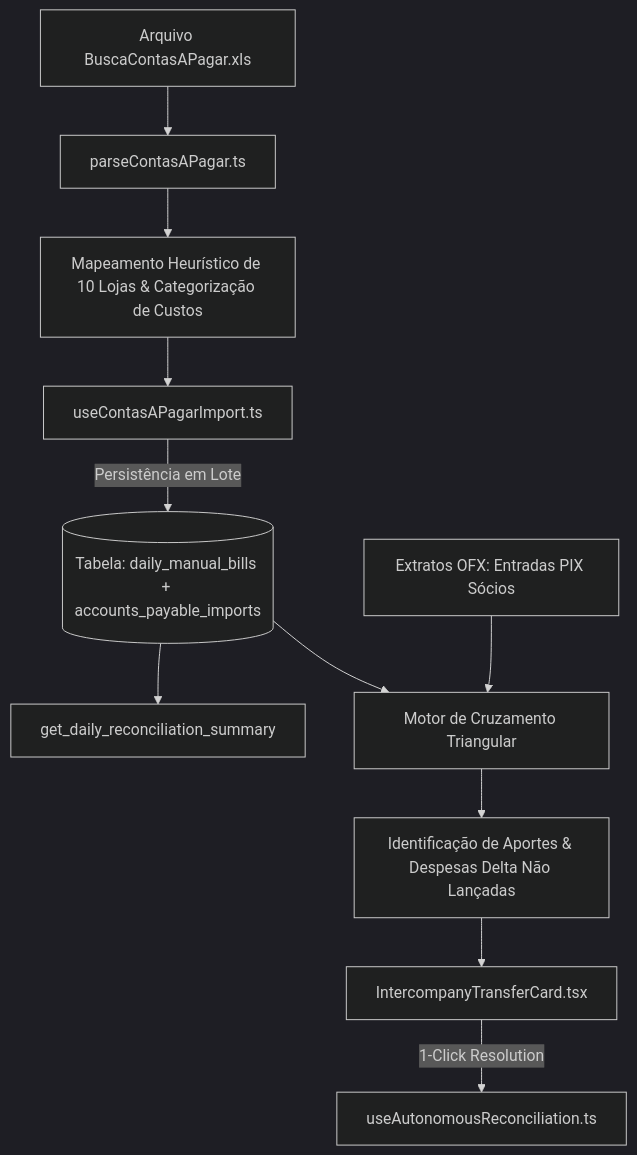
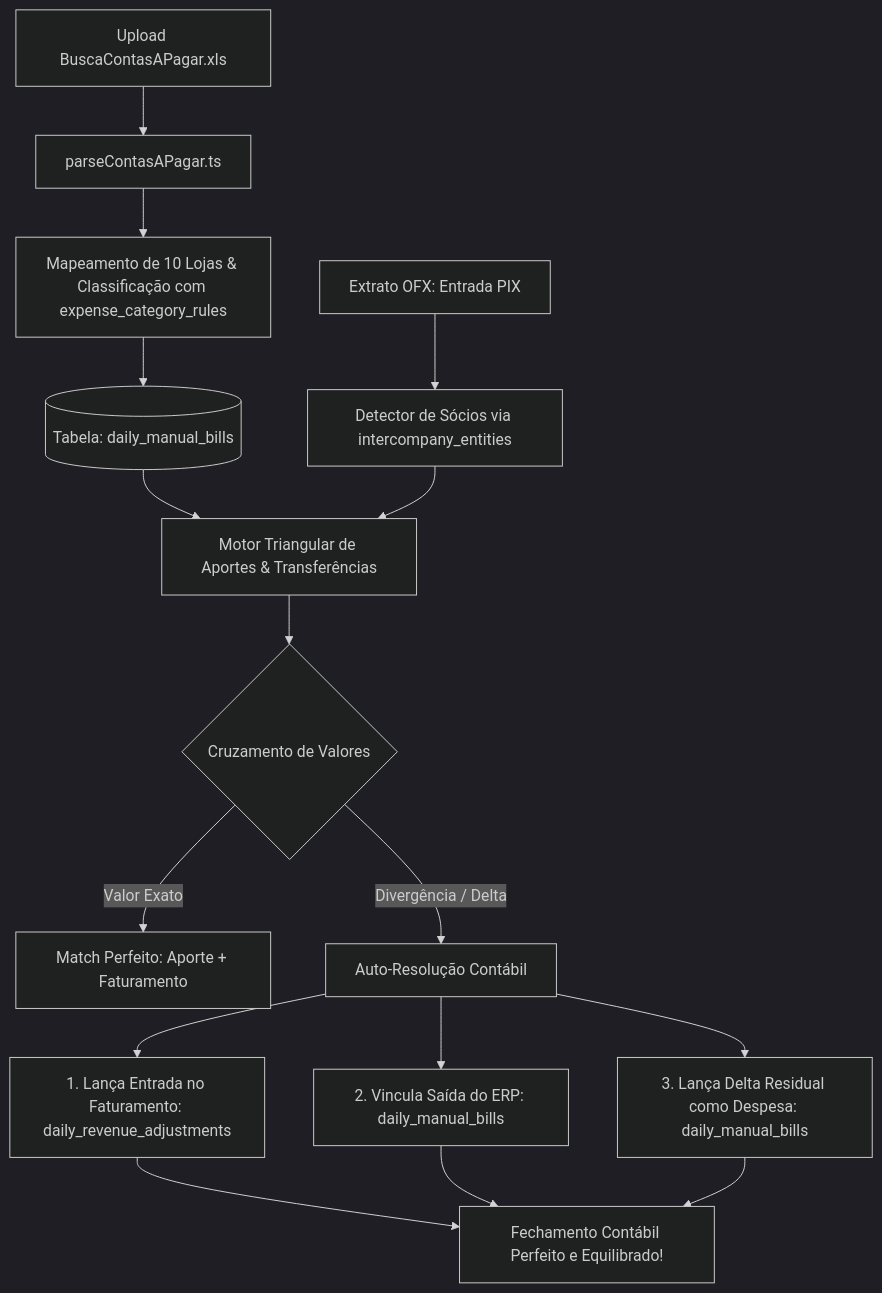
One commit to mktfun/mec-nica-financeiro changed the diagram in specs/256-importacao-contas-a-pagar-e-conciliacao-aportes-intercompany/design.md. Above: the diagram before and after it, drawn with Mermaid (dark theme). The commit also changed other lines of this file and 2 other files, not shown here.

Commit message:
docs(spec): especificacao sdd completa da spec 256 incluindo cadastro de socios, entidades e cruzamento triangular

````diff
--- a/specs/256-importacao-contas-a-pagar-e-conciliacao-aportes-intercompany/design.md
+++ b/specs/256-importacao-contas-a-pagar-e-conciliacao-aportes-intercompany/design.md
@@ -7,16 +7,20 @@
 ```mermaid
 flowchart TD
-    A[Arquivo BuscaContasAPagar.xls] --> B[parseContasAPagar.ts]
-    B --> C[Mapeamento Heurístico de 10 Lojas & Categorização de Custos]
-    C --> D[useContasAPagarImport.ts]
+    A[Upload BuscaContasAPagar.xls] --> B[parseContasAPagar.ts]
+    B --> C[Mapeamento de 10 Lojas & Classificação com expense_category_rules]
+    C --> D[(Tabela: daily_manual_bills)]
     
-    D -->|Persistência em Lote| E[(Tabela: daily_manual_bills + accounts_payable_imports)]
+    E[Extrato OFX: Entrada PIX] --> F[Detector de Sócios via intercompany_entities]
+    D --> G[Motor Triangular de Aportes & Transferências]
+    F --> G
     
-    E --> F[get_daily_reconciliation_summary]
+    G --> H{Cruzamento de Valores}
+    H -->|Valor Exato| I[Match Perfeito: Aporte + Faturamento]
+    H -->|Divergência / Delta| J[Auto-Resolução Contábil]
     
-    G[Extratos OFX: Entradas PIX Sócios] --> H[Motor de Cruzamento Triangular]
-    E --> H
-    H --> I[Identificação de Aportes & Despesas Delta Não Lançadas]
-    I --> J[IntercompanyTransferCard.tsx]
-    J -->|1-Click Resolution| K[useAutonomousReconciliation.ts]
+    J --> K[1. Lança Entrada no Faturamento: daily_revenue_adjustments]
+    J --> L[2. Vincula Saída do ERP: daily_manual_bills]
+    J --> M[3. Lança Delta Residual como Despesa: daily_manual_bills]
+    
+    K & L & M --> N[Fechamento Contábil Perfeito e Equilibrado!]
 ```
````
